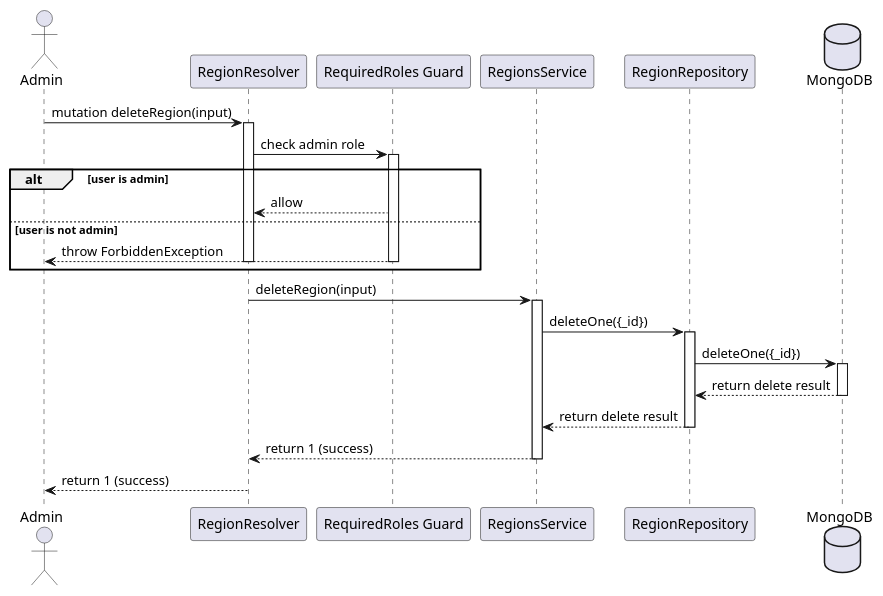
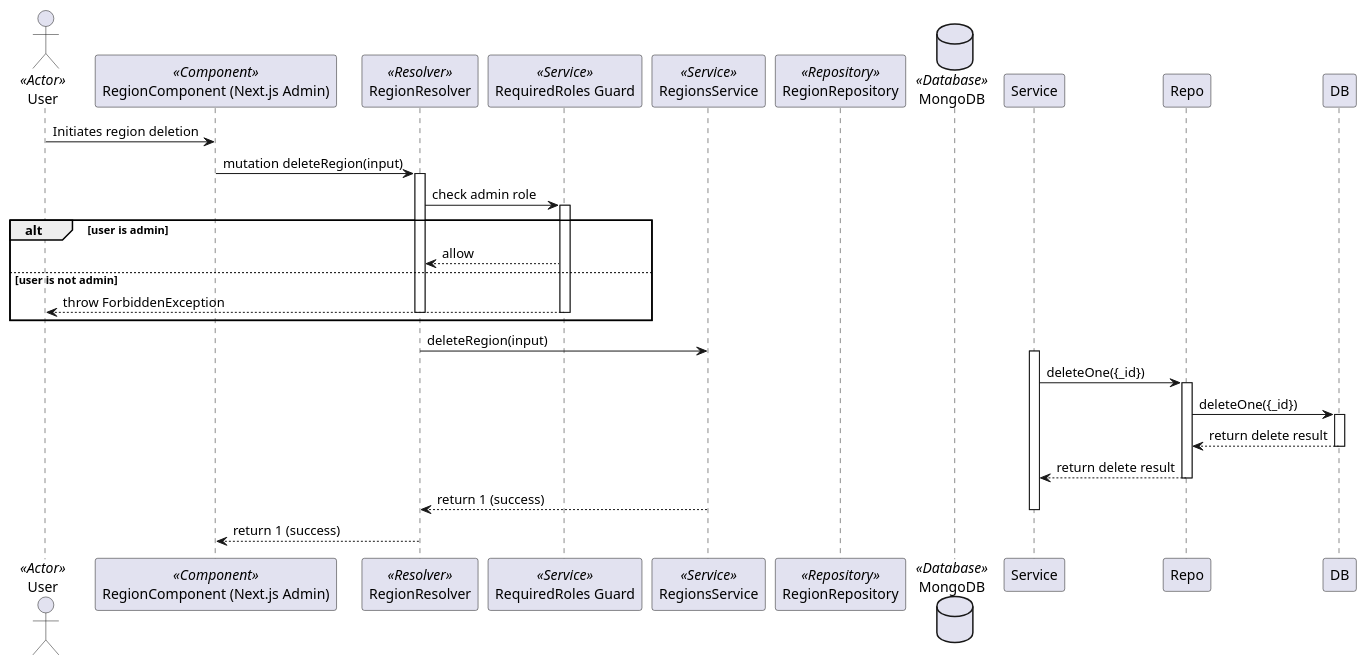
The diagram in documents/diagram/sequences/regions/region_delete_region.puml (lehuygiang28/vphim), drawn with PlantUML before and after one commit. The commit also changed 43 other files, not shown here.

First line of the commit message:
refactor(diagrams): 🛠️ update sequence diagrams

```diff
--- a/documents/diagram/sequences/regions/region_delete_region.puml
+++ b/documents/diagram/sequences/regions/region_delete_region.puml
@@ -1,41 +1,43 @@
 @startuml Region - Delete Region
 
-actor "Admin" as Client
-participant "RegionResolver" as Resolver
-participant "RequiredRoles Guard" as Guard
-participant "RegionsService" as Service
-participant "RegionRepository" as Repo
-database "MongoDB" as DB
+actor User <<Actor>>
+participant "RegionComponent (Next.js Admin)" as RegionComponent <<Component>>
+participant "RegionResolver" as Resolver <<Resolver>>
+participant "RequiredRoles Guard" as Guard <<Service>>
+participant "RegionsService" as RegionsService <<Service>>
+participant "RegionRepository" as RegionRepository <<Repository>>
+database "MongoDB" as MongoDB <<Database>>
 
-Client -> Resolver: mutation deleteRegion(input)
+User -> RegionComponent: Initiates region deletion
+RegionComponent -> Resolver: mutation deleteRegion(input)
 activate Resolver
 
 Resolver -> Guard: check admin role
 activate Guard
 alt user is admin
     Guard --> Resolver: allow
 else user is not admin
-    Guard --> Client: throw ForbiddenException
+    Guard --> User: throw ForbiddenException
     deactivate Resolver
     deactivate Guard
 end
 deactivate Guard
 
-Resolver -> Service: deleteRegion(input)
+Resolver -> RegionsService: deleteRegion(input)
 activate Service
 
 Service -> Repo: deleteOne({_id})
 activate Repo
 Repo -> DB: deleteOne({_id})
 activate DB
 DB --> Repo: return delete result
 deactivate DB
 Repo --> Service: return delete result
 deactivate Repo
 
-Service --> Resolver: return 1 (success)
+RegionsService --> Resolver: return 1 (success)
 deactivate Service
-Resolver --> Client: return 1 (success)
+Resolver --> RegionComponent: return 1 (success)
 deactivate Resolver
 
 @enduml 
```
